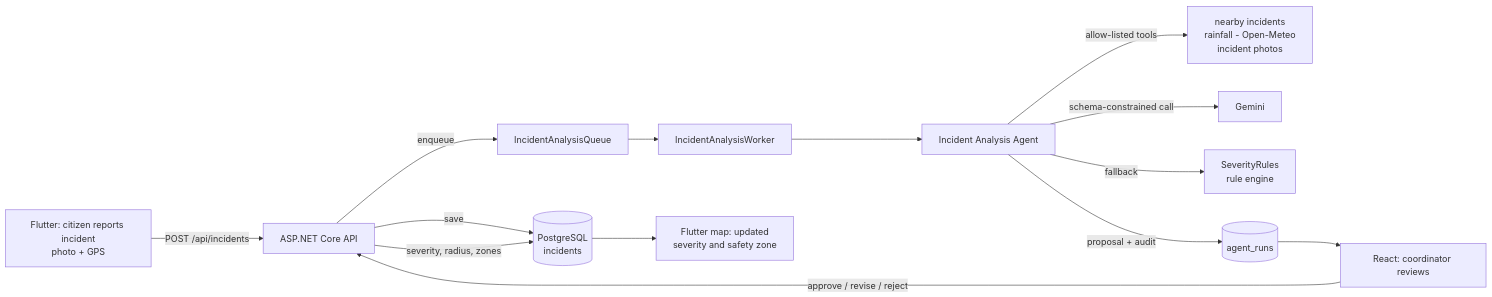
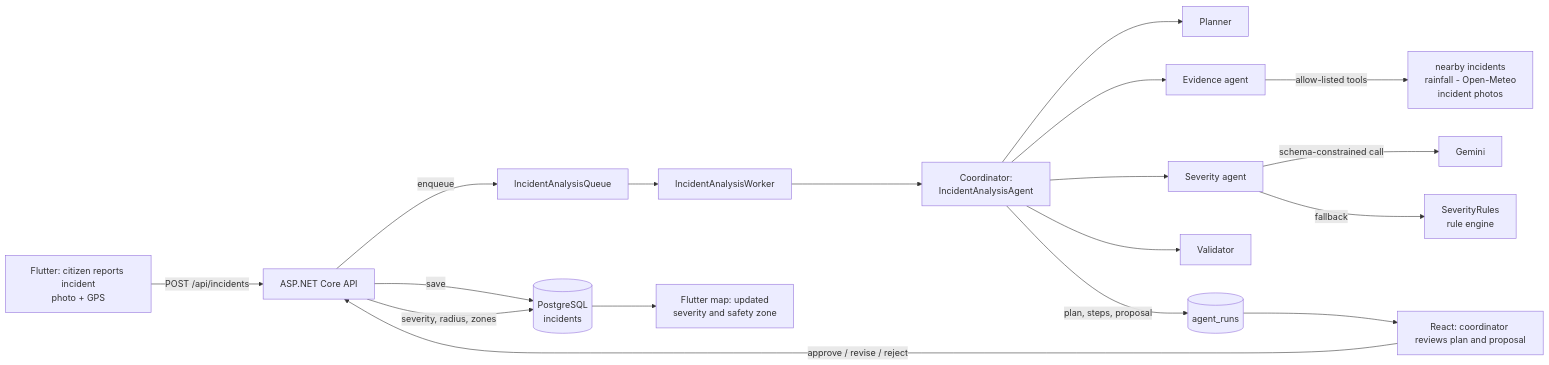
One commit to IT24101153/RescueSriLanka-SEF_KDY_SE_02 changed the first of 2 diagrams in docs/component-a-agent.md. Above: the diagram before and after it, drawn with Mermaid. The commit also changed other lines of this file and 21 other files, not shown here.

````diff
--- a/docs/component-a-agent.md
+++ b/docs/component-a-agent.md
@@ -27,16 +26,20 @@
 ```mermaid
 flowchart LR
     F[Flutter: citizen reports incident<br/>photo + GPS] -->|POST /api/incidents| API[ASP.NET Core API]
     API -->|save| DB[(PostgreSQL<br/>incidents)]
     API -->|enqueue| Q[IncidentAnalysisQueue]
     Q --> W[IncidentAnalysisWorker]
-    W --> AG[Incident Analysis Agent]
-    AG -->|allow-listed tools| T[nearby incidents<br/>rainfall - Open-Meteo<br/>incident photos]
-    AG -->|schema-constrained call| LLM[Gemini]
-    AG -->|fallback| R[SeverityRules<br/>rule engine]
-    AG -->|proposal + audit| RUN[(agent_runs)]
-    RUN --> RE[React: coordinator reviews]
+    W --> CO[Coordinator:<br/>IncidentAnalysisAgent]
+    CO --> P[Planner]
+    CO --> E[Evidence agent]
+    CO --> S[Severity agent]
+    CO --> V[Validator]
+    E -->|allow-listed tools| T[nearby incidents<br/>rainfall - Open-Meteo<br/>incident photos]
+    S -->|schema-constrained call| LLM[Gemini]
+    S -->|fallback| R[SeverityRules<br/>rule engine]
+    CO -->|plan, steps, proposal| RUN[(agent_runs)]
+    RUN --> RE[React: coordinator reviews plan and proposal]
     RE -->|approve / revise / reject| API
     API -->|severity, radius, zones| DB
     DB --> FM[Flutter map: updated<br/>severity and safety zone]
 ```
````
